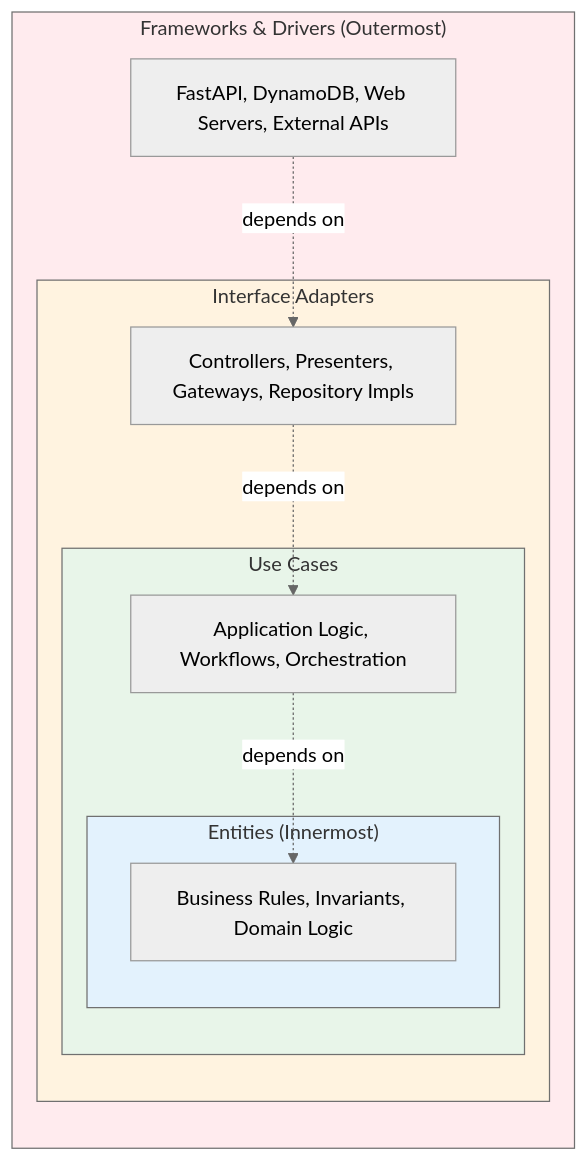
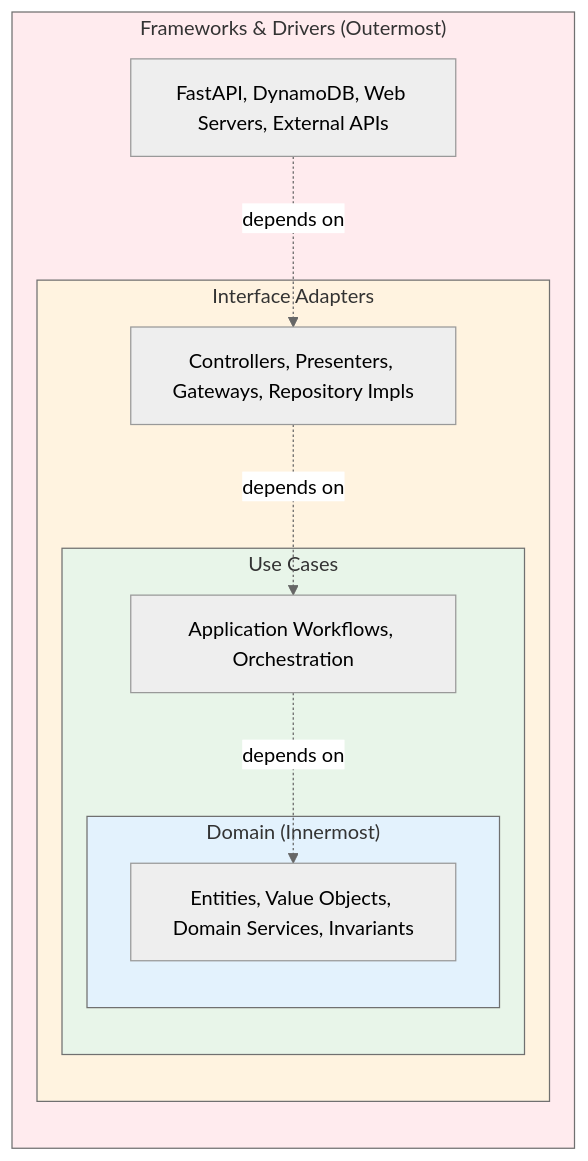
One commit to mrchughes/architecting-modern-government-services changed the sixth of 11 diagrams in Paper_1_DDD_Clean_Architecture.md. Above: the diagram before and after it, drawn with Mermaid (neutral theme). The commit also changed other lines of this file and 1 other file, not shown here.

Commit message:
Add domain services to §3.3 Clean Architecture layers
- Domain services live in Entities layer, not Use Cases
- Link back to EligibilityPolicy from §1.3 as example
- Clarify distinction: domain services encode rules, use cases coordinate flow
- Update diagram to show 'Entities, Value Objects, Domain Services, Invariants'

````diff
--- a/Paper_1_DDD_Clean_Architecture.md
+++ b/Paper_1_DDD_Clean_Architecture.md
@@ -768,28 +768,28 @@
 ```mermaid
 flowchart TB
     subgraph Outer["Frameworks & Drivers (Outermost)"]
         direction TB
         FW["FastAPI, DynamoDB, Web Servers, External APIs"]
         
         subgraph Adapters["Interface Adapters"]
             AD["Controllers, Presenters, Gateways, Repository Impls"]
             
             subgraph UseCases["Use Cases"]
-                UC["Application Logic, Workflows, Orchestration"]
+                UC["Application Workflows, Orchestration"]
                 
-                subgraph Entities["Entities (Innermost)"]
-                    ENT["Business Rules, Invariants, Domain Logic"]
+                subgraph Entities["Domain (Innermost)"]
+                    ENT["Entities, Value Objects, Domain Services, Invariants"]
                 end
             end
         end
     end
     
     FW -.->|depends on| AD
     AD -.->|depends on| UC
     UC -.->|depends on| ENT
     
     style Outer fill:#ffebee
     style Adapters fill:#fff3e0
     style UseCases fill:#e8f5e9
     style Entities fill:#e3f2fd
 ```
````
